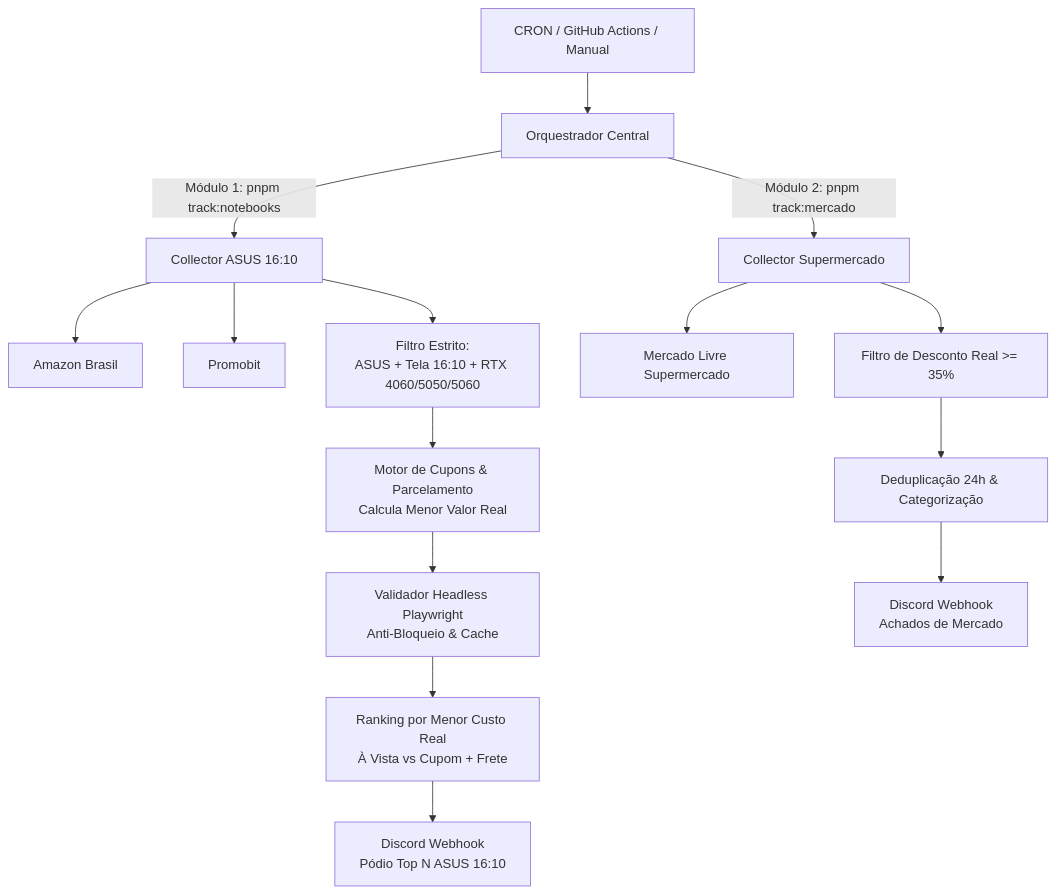
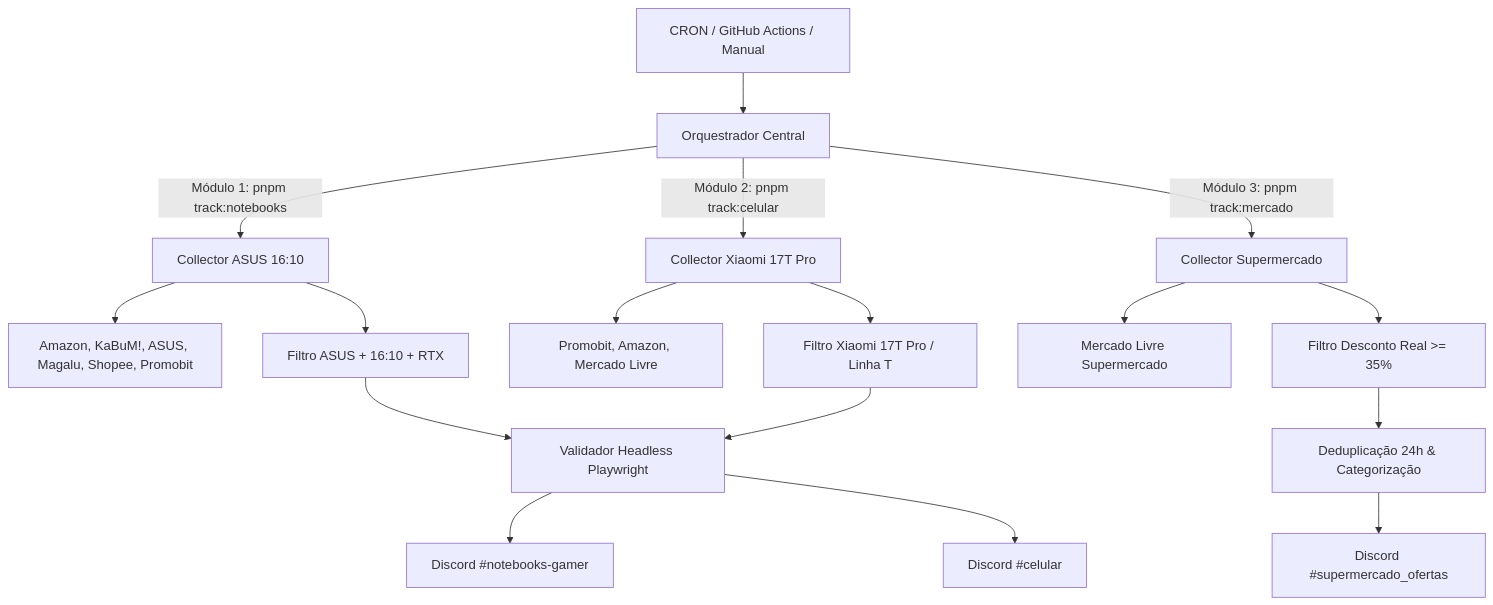
Before and after one commit to AdleyRodrigues/price-tracker: the diagram in README.md, drawn with Mermaid. The commit also changed other lines of this file and 10 other files, not shown here.

````diff
--- a/README.md
+++ b/README.md
@@ -39,23 +43,23 @@
 ```mermaid
 graph TD
     A[CRON / GitHub Actions / Manual] --> B[Orquestrador Central]
     B -->|Módulo 1: pnpm track:notebooks| C[Collector ASUS 16:10]
-    B -->|Módulo 2: pnpm track:mercado| D[Collector Supermercado]
+    B -->|Módulo 2: pnpm track:celular| D[Collector Xiaomi 17T Pro]
+    B -->|Módulo 3: pnpm track:mercado| E[Collector Supermercado]
     
-    C --> E[Amazon Brasil]
-    C --> F[Promobit]
+    C --> F[Amazon, KaBuM!, ASUS, Magalu, Shopee, Promobit]
+    D --> G[Promobit, Amazon, Mercado Livre]
+    E --> H[Mercado Livre Supermercado]
     
-    D --> G[Mercado Livre Supermercado]
+    C --> I[Filtro ASUS + 16:10 + RTX]
+    D --> J[Filtro Xiaomi 17T Pro / Linha T]
+    E --> K[Filtro Desconto Real >= 35%]
     
-    C --> H[Filtro Estrito:<br/>ASUS + Tela 16:10 + RTX 4060/5050/5060]
-    D --> I[Filtro de Desconto Real >= 35%]
+    I --> L[Validador Headless Playwright]
+    J --> L
+    K --> M[Deduplicação 24h & Categorização]
     
-    H --> J[Motor de Cupons & Parcelamento<br/>Calcula Menor Valor Real]
-    J --> K[Validador Headless Playwright<br/>Anti-Bloqueio & Cache]
-    
-    K --> L[Ranking por Menor Custo Real<br/>À Vista vs Cupom + Frete]
-    I --> M[Deduplicação 24h & Categorização]
-    
-    L --> N[Discord Webhook<br/>Pódio Top N ASUS 16:10]
-    M --> O[Discord Webhook<br/>Achados de Mercado]
+    L --> N[Discord #notebooks-gamer]
+    L --> O[Discord #celular]
+    M --> P[Discord #supermercado_ofertas]
 ```
````
